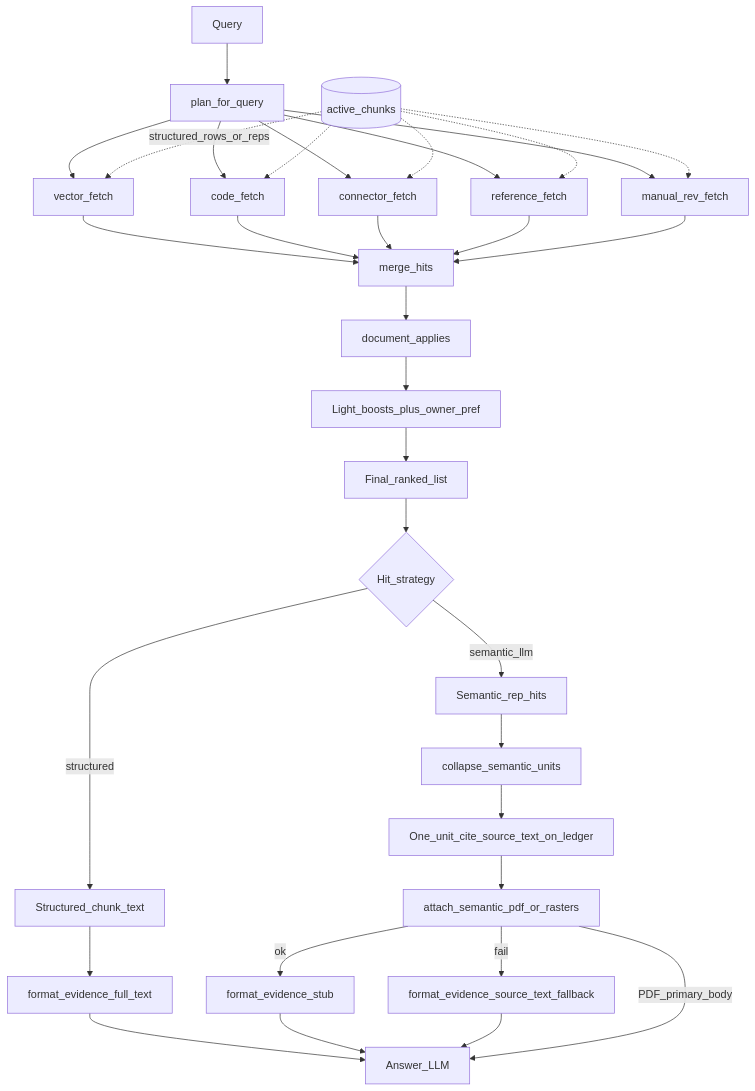
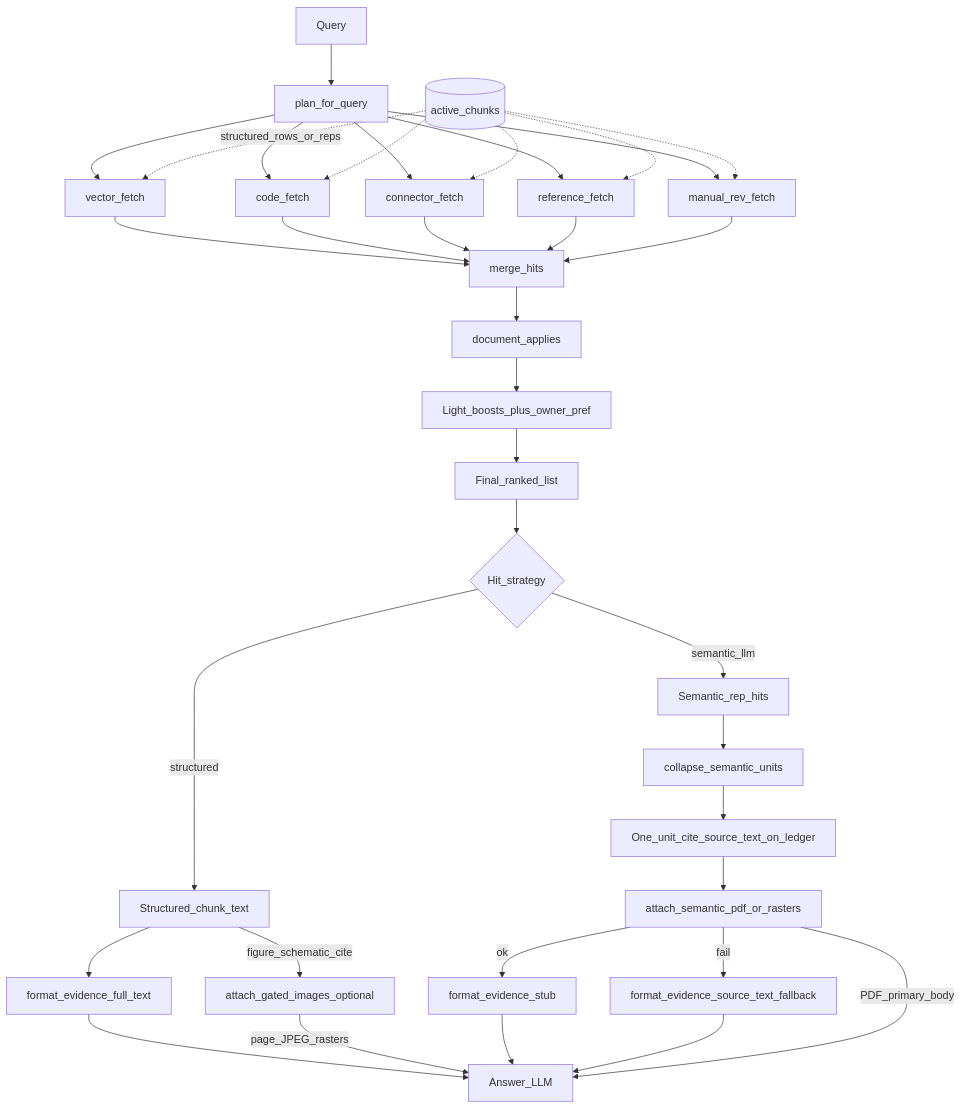
The second of 2 diagrams in README.md (raghuram-chittibomma/ai-repair-assistant), drawn with Mermaid before and after one commit. The commit also changed other lines of this file and 1 other file, not shown here.

First line of the commit message:
Show optional gated figure rasters on the structured generate path.

````diff
--- a/README.md
+++ b/README.md
@@ -73,58 +75,61 @@
 ```mermaid
 flowchart TD
   q[Query]
   plan[plan_for_query]
   db[(active_chunks)]
   vec[vector_fetch]
   code[code_fetch]
   conn[connector_fetch]
   ref[reference_fetch]
   rev[manual_rev_fetch]
   merge[merge_hits]
   apply[document_applies]
   boost[Light_boosts_plus_owner_pref]
   ranked[Final_ranked_list]
   fork{Hit_strategy}
   structHit[Structured_chunk_text]
   semReps[Semantic_rep_hits]
   collapse[collapse_semantic_units]
   unitCite[One_unit_cite_source_text_on_ledger]
   packS[format_evidence_full_text]
+  gated[attach_gated_images_optional]
   packU[format_evidence_stub]
   packF[format_evidence_source_text_fallback]
   attach[attach_semantic_pdf_or_rasters]
   gen[Answer_LLM]
 
   q --> plan
   plan --> vec
   plan --> code
   plan --> conn
   plan --> ref
   plan --> rev
   db -.->|structured_rows_or_reps| vec
   db -.-> code
   db -.-> conn
   db -.-> ref
   db -.-> rev
   vec --> merge
   code --> merge
   conn --> merge
   ref --> merge
   rev --> merge
   merge --> apply
   apply --> boost
   boost --> ranked
   ranked --> fork
   fork -->|structured| structHit
   fork -->|semantic_llm| semReps
   structHit --> packS
+  structHit -->|figure_schematic_cite| gated
+  packS --> gen
+  gated -->|page_JPEG_rasters| gen
   semReps --> collapse
   collapse --> unitCite
   unitCite --> attach
   attach -->|ok| packU
   attach -->|fail| packF
-  packS --> gen
   packU --> gen
   packF --> gen
   attach -->|PDF_primary_body| gen
 ```
````
